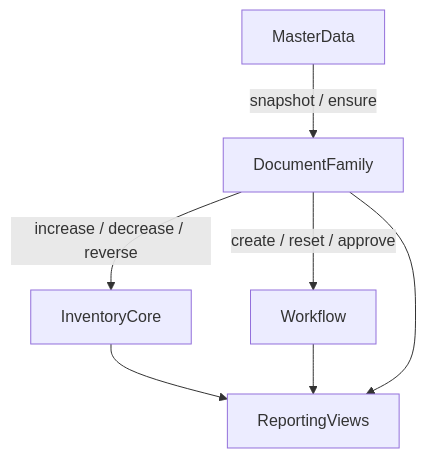
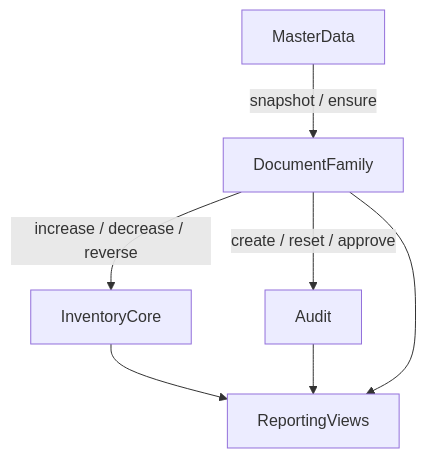
The diagram in docs/architecture/20-wms-database-tables-and-schema.md (Cupcc/saifute-wms-server), drawn with Mermaid before and after one commit. The commit also changed other lines of this file and 34 other files, not shown here.

Commit message:
docs: align architecture with audit and project scope

````diff
--- a/docs/architecture/20-wms-database-tables-and-schema.md
+++ b/docs/architecture/20-wms-database-tables-and-schema.md
@@ -67,15 +67,15 @@
 ```mermaid
 flowchart TD
     masterData[MasterData]
     documentFamily[DocumentFamily]
     inventoryCore[InventoryCore]
-    workflow[Workflow]
+    audit[Audit]
     reporting[ReportingViews]
 
     masterData -->|"snapshot / ensure"| documentFamily
     documentFamily -->|"increase / decrease / reverse"| inventoryCore
-    documentFamily -->|"create / reset / approve"| workflow
+    documentFamily -->|"create / reset / approve"| audit
     inventoryCore --> reporting
-    workflow --> reporting
+    audit --> reporting
     documentFamily --> reporting
 ```
````
